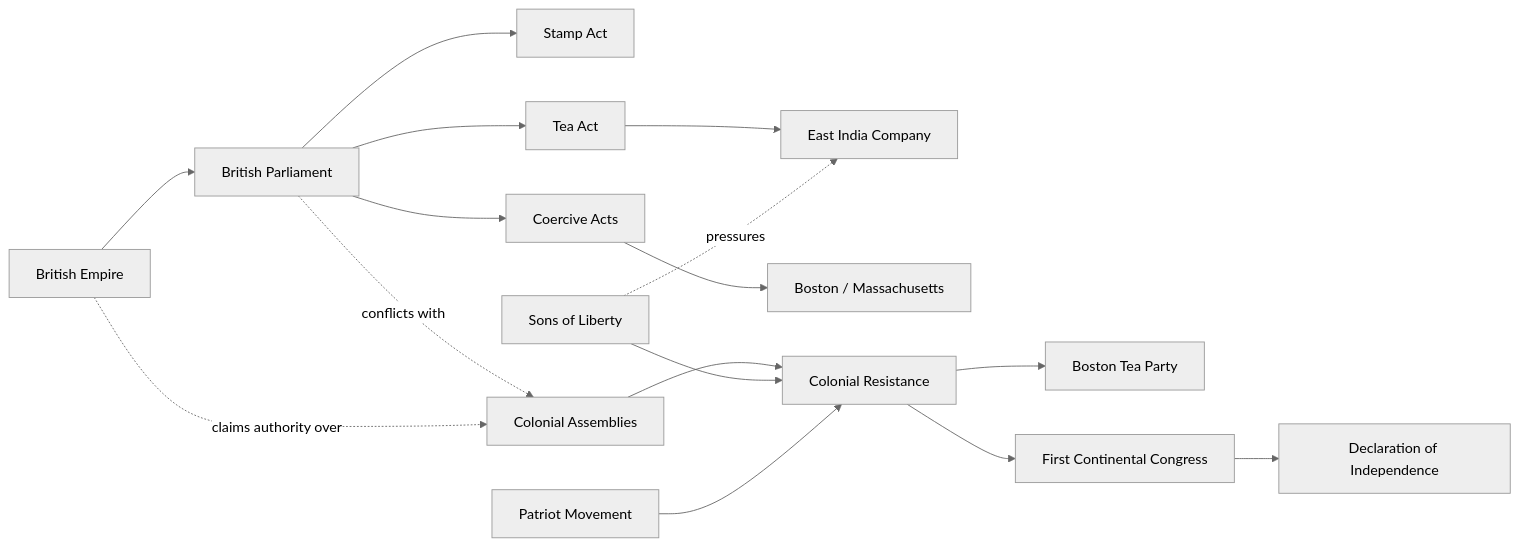
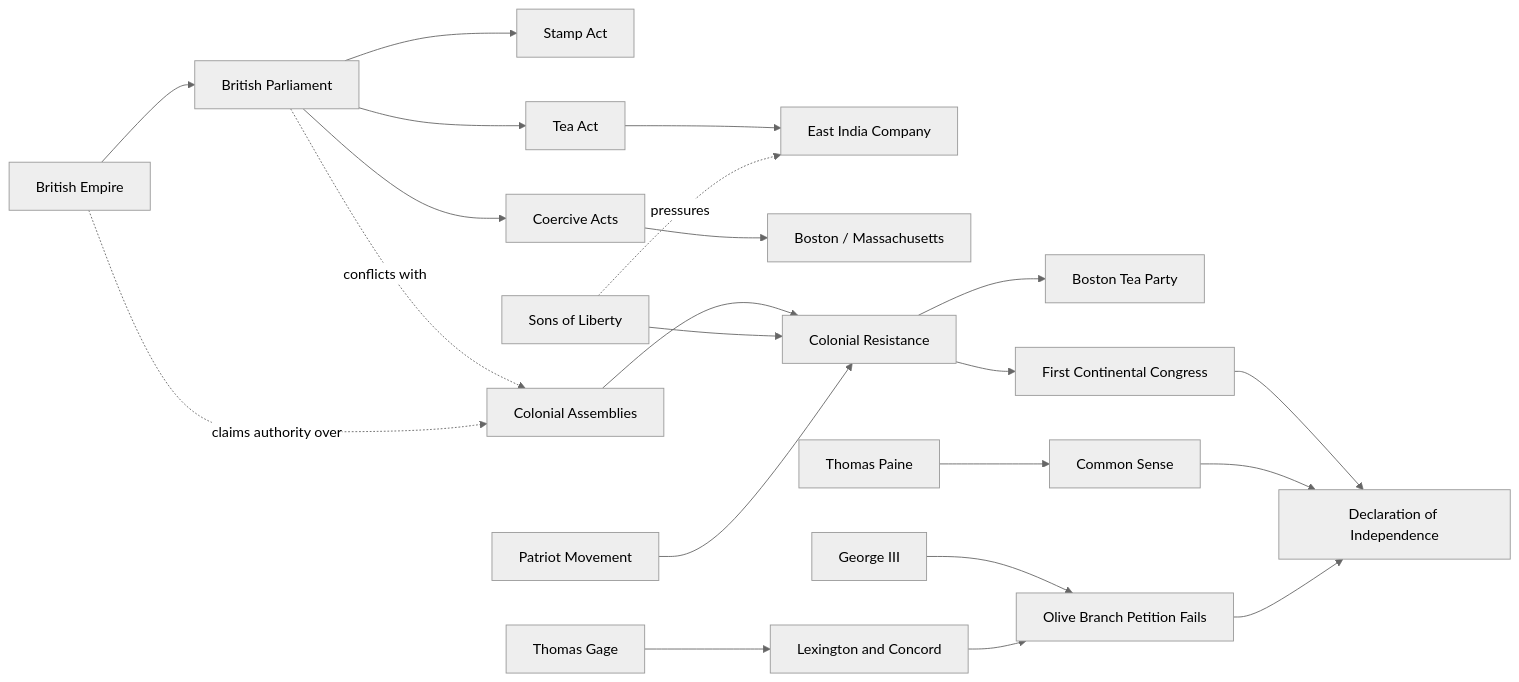
The diagram in 09_Maps_Models/Actor_Maps/American Revolution Actor Map.md (mattblethen/Causal-Atlas), drawn with Mermaid (neutral theme) before and after one commit. The commit also changed 33 other files, not shown here.

````diff
--- a/09_Maps_Models/Actor_Maps/American Revolution Actor Map.md
+++ b/09_Maps_Models/Actor_Maps/American Revolution Actor Map.md
@@ -14,20 +14,26 @@
 ```mermaid
 flowchart LR
     BE["British Empire"] --> BP["British Parliament"]
     BP --> SA["Stamp Act"]
     BP --> TA["Tea Act"]
     BP --> CA["Coercive Acts"]
     TA --> EIC["East India Company"]
     CA --> BOS["Boston / Massachusetts"]
 
     CAS["Colonial Assemblies"] --> CR["Colonial Resistance"]
     SOL["Sons of Liberty"] --> CR
     PM["Patriot Movement"] --> CR
     CR --> BTP["Boston Tea Party"]
     CR --> FCC["First Continental Congress"]
     FCC --> DOI["Declaration of Independence"]
+    TP["Thomas Paine"] --> CS["Common Sense"]
+    CS --> DOI
+    G3["George III"] --> OBP["Olive Branch Petition Fails"]
+    OBP --> DOI
+    TG["Thomas Gage"] --> LC["Lexington and Concord"]
+    LC --> OBP
 
     BP -. conflicts with .-> CAS
     BE -. claims authority over .-> CAS
     SOL -. pressures .-> EIC
 ```
````
